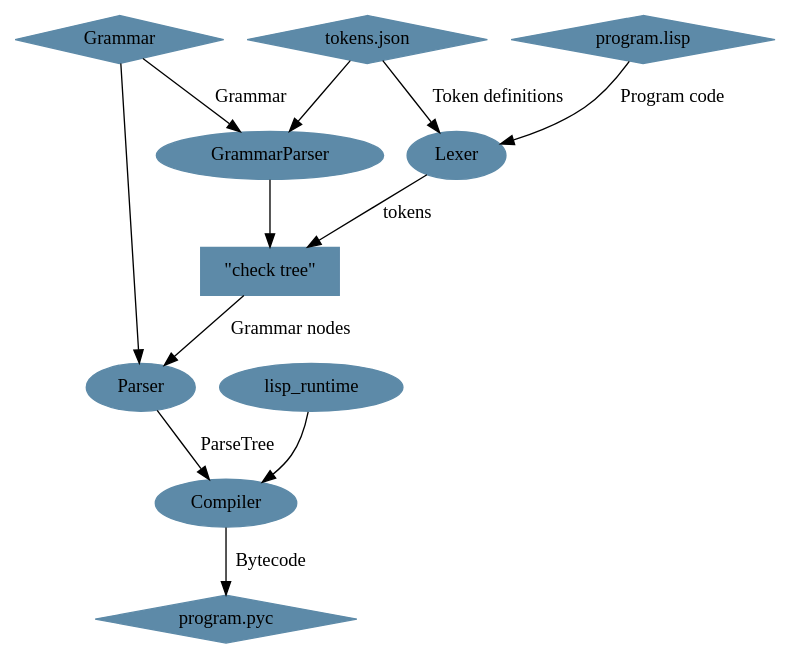
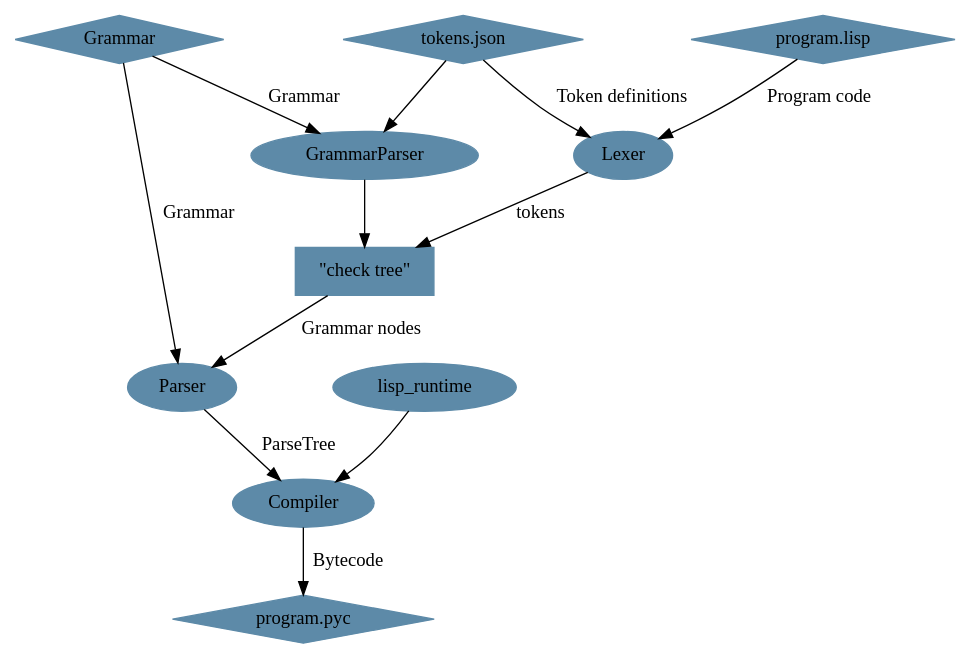
Before and after one commit to Mause/tyrian: the diagram in docs/source/charts/level_0.dot, drawn with Graphviz. The commit also changed 2 other files, not shown here.

```diff
--- a/docs/source/charts/level_0.dot
+++ b/docs/source/charts/level_0.dot
@@ -1,38 +1,40 @@
 digraph {
     node [style=filled,color="#5D8AA8", fillcolor="#5D8AA8"];
+    splines=spline;
+    nodesep=1;
 
     subgraph files {
         node [shape="diamond"];
         "program.lisp";
         "program.pyc";
         "tokens.json";
         "Grammar";
     }
 
     subgraph processes {
         GrammarParser;
         Lexer;
         Parser;
         Compiler;
     }
 
     "\"check tree\"" [shape="rectangle"];
 
     "program.lisp" -> Lexer [label="Program code"]
     "tokens.json" -> Lexer [label="Token definitions"]
 
     "tokens.json" -> GrammarParser
     Grammar -> GrammarParser [label="Grammar"]
     GrammarParser -> "\"check tree\""
 
     Lexer -> "\"check tree\"" [label="tokens"]
 
     "\"check tree\"" -> Parser [label="Grammar nodes"]
-    Grammar -> Parser
+    Grammar -> Parser [label="Grammar"]
 
     Parser -> Compiler [label="ParseTree"]
 
     "lisp_runtime" -> Compiler
     Compiler -> "program.pyc" [label="Bytecode"]
 
 }
```
